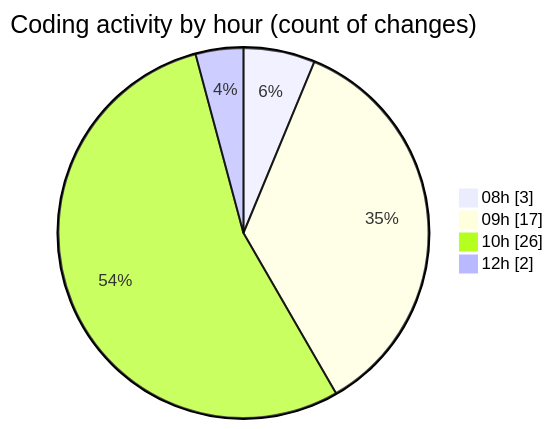
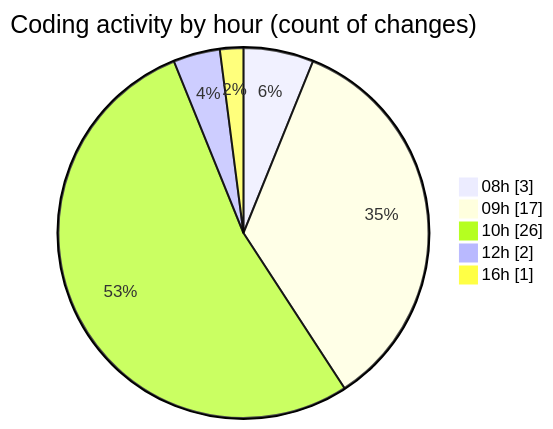
One commit to julien-gomy/code-tracking changed the second of 2 diagrams in 2025-10-22/eventscop-api-guide__workspace_/README.md. Above: the diagram before and after it, drawn with Mermaid. The commit also changed other lines of this file and 1 other file, not shown here.

````diff
--- a/2025-10-22/eventscop-api-guide__workspace_/README.md
+++ b/2025-10-22/eventscop-api-guide__workspace_/README.md
@@ -40,8 +41,9 @@
 ```mermaid
 pie showData
 title Coding activity by hour (count of changes)
 "08h" : 3
 "09h" : 17
 "10h" : 26
 "12h" : 2
+"16h" : 1
 ```
````
